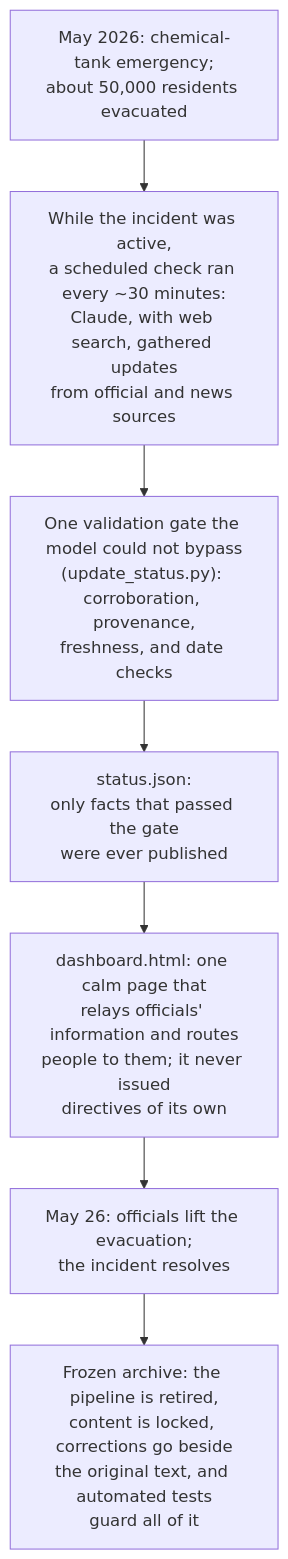
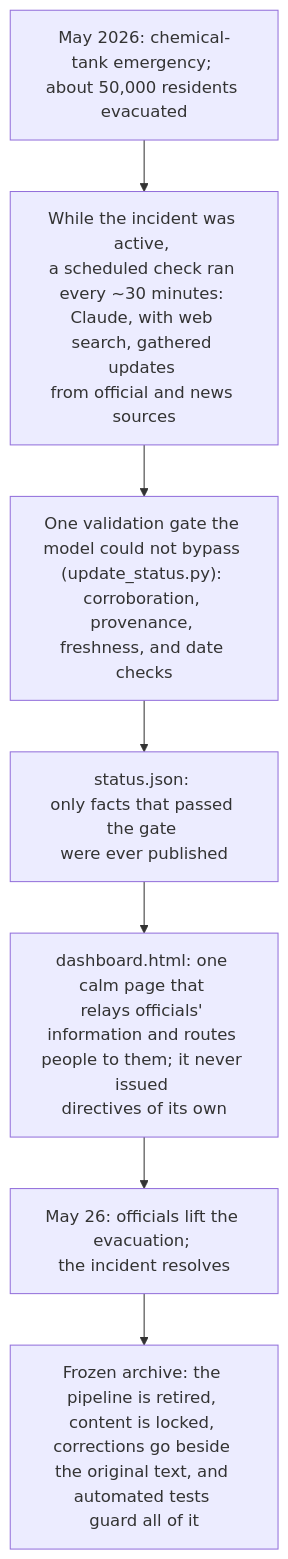
The diagram in README.md (Mike-E-Log/gg-tank-watch), drawn with Mermaid before and after one commit.

Commit message:
readme: space before every mermaid <br> so labels never fuse when the break is stripped (operator: 'updatesfrom' render bug)

````diff
--- a/README.md
+++ b/README.md
@@ -55,9 +55,9 @@
 ```mermaid
 flowchart TD
-    A["May 2026: chemical-tank emergency;<br>about 50,000 residents evacuated"] --> B["While the incident was active,<br>a scheduled check ran every ~30 minutes:<br>Claude, with web search, gathered updates<br>from official and news sources"]
-    B --> C["One validation gate the model could not bypass<br>(update_status.py): corroboration, provenance,<br>freshness, and date checks"]
-    C --> D["status.json:<br>only facts that passed the gate<br>were ever published"]
-    D --> E["dashboard.html: one calm page that<br>relays officials' information and routes<br>people to them; it never issued<br>directives of its own"]
-    E --> F["May 26: officials lift the evacuation;<br>the incident resolves"]
-    F --> G["Frozen archive: the pipeline is retired,<br>content is locked, corrections go beside<br>the original text, and automated tests<br>guard all of it"]
+    A["May 2026: chemical-tank emergency; <br>about 50,000 residents evacuated"] --> B["While the incident was active, <br>a scheduled check ran every ~30 minutes: <br>Claude, with web search, gathered updates <br>from official and news sources"]
+    B --> C["One validation gate the model could not bypass <br>(update_status.py): corroboration, provenance, <br>freshness, and date checks"]
+    C --> D["status.json: <br>only facts that passed the gate <br>were ever published"]
+    D --> E["dashboard.html: one calm page that <br>relays officials' information and routes <br>people to them; it never issued <br>directives of its own"]
+    E --> F["May 26: officials lift the evacuation; <br>the incident resolves"]
+    F --> G["Frozen archive: the pipeline is retired, <br>content is locked, corrections go beside <br>the original text, and automated tests <br>guard all of it"]
 ```
````
